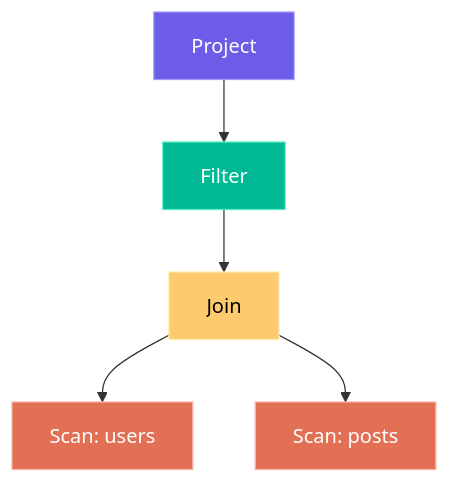
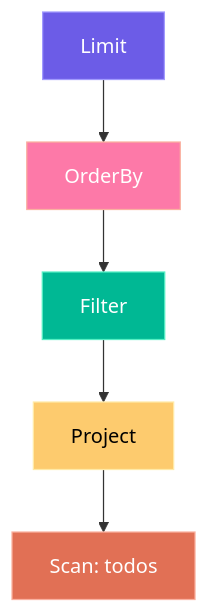
One commit to mono424/spooky changed the fifth of 6 diagrams in packages/ssp/README.md. Above: the diagram before and after it, drawn with Mermaid. The commit also changed other lines of this file, not shown here.

````diff
--- a/packages/ssp/README.md
+++ b/packages/ssp/README.md
@@ -167,19 +196,19 @@
 ```mermaid
 flowchart TB
-    ROOT[Project]
+    ROOT[Limit]
+    ORDER[OrderBy]
     FILTER[Filter]
-    JOIN[Join]
-    SCAN1[Scan: users]
-    SCAN2[Scan: posts]
+    PROJECT[Project]
+    SCAN[Scan: todos]
     
-    ROOT --> FILTER
-    FILTER --> JOIN
-    JOIN --> SCAN1
-    JOIN --> SCAN2
+    ROOT --> ORDER
+    ORDER --> FILTER
+    FILTER --> PROJECT
+    PROJECT --> SCAN
     
     style ROOT fill:#6c5ce7,stroke:#a29bfe,color:#fff
+    style ORDER fill:#fd79a8,stroke:#fab1a0,color:#fff
     style FILTER fill:#00b894,stroke:#55efc4,color:#fff
-    style JOIN fill:#fdcb6e,stroke:#ffeaa7,color:#000
-    style SCAN1 fill:#e17055,stroke:#fab1a0,color:#fff
-    style SCAN2 fill:#e17055,stroke:#fab1a0,color:#fff
+    style PROJECT fill:#fdcb6e,stroke:#ffeaa7,color:#000
+    style SCAN fill:#e17055,stroke:#fab1a0,color:#fff
 ```
````
